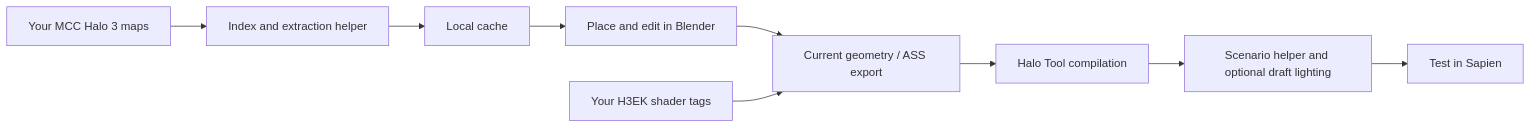
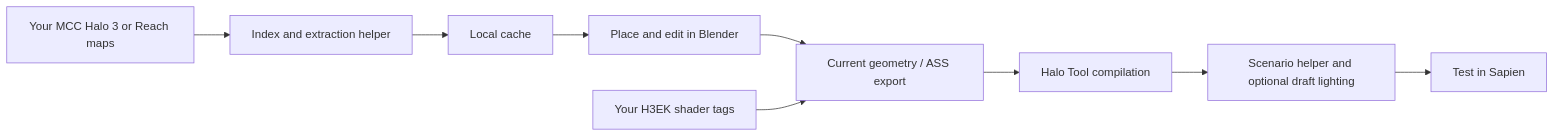
The diagram in docs/HOW-IT-WORKS.md (BarnacleBoii/HaloBridge-Blender-4.0-Asset-Map-Importer-Addon-BETA), drawn with Mermaid before and after one commit. The commit also changed other lines of this file and 13 other files, not shown here.

````diff
--- a/docs/HOW-IT-WORKS.md
+++ b/docs/HOW-IT-WORKS.md
@@ -22,11 +24,11 @@
 ```mermaid
 flowchart LR
-  A[Your MCC Halo 3 maps] --> B[Index and extraction helper]
+  A[Your MCC Halo 3 or Reach maps] --> B[Index and extraction helper]
   B --> C[Local cache]
   C --> D[Place and edit in Blender]
   D --> E[Current geometry / ASS export]
   F[Your H3EK shader tags] --> E
   E --> G[Halo Tool compilation]
   G --> H[Scenario helper and optional draft lighting]
   H --> I[Test in Sapien]
 ```
````
